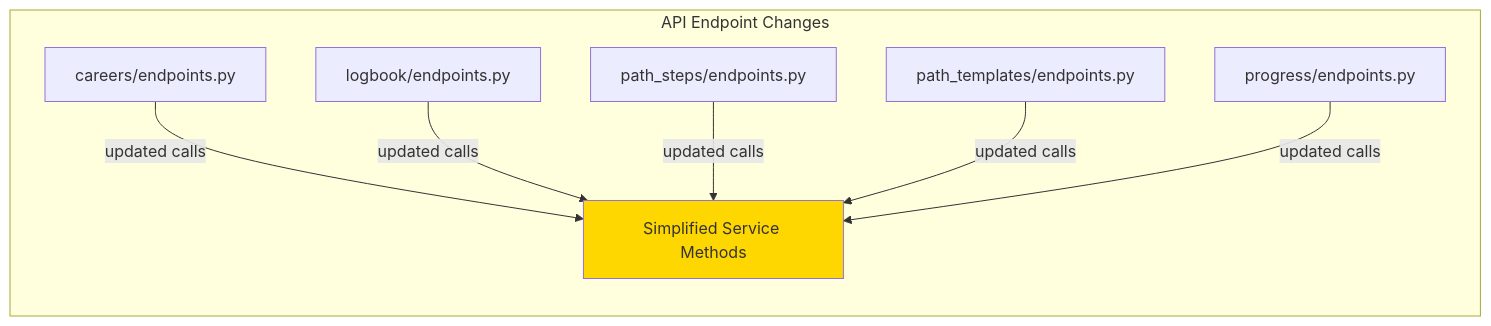
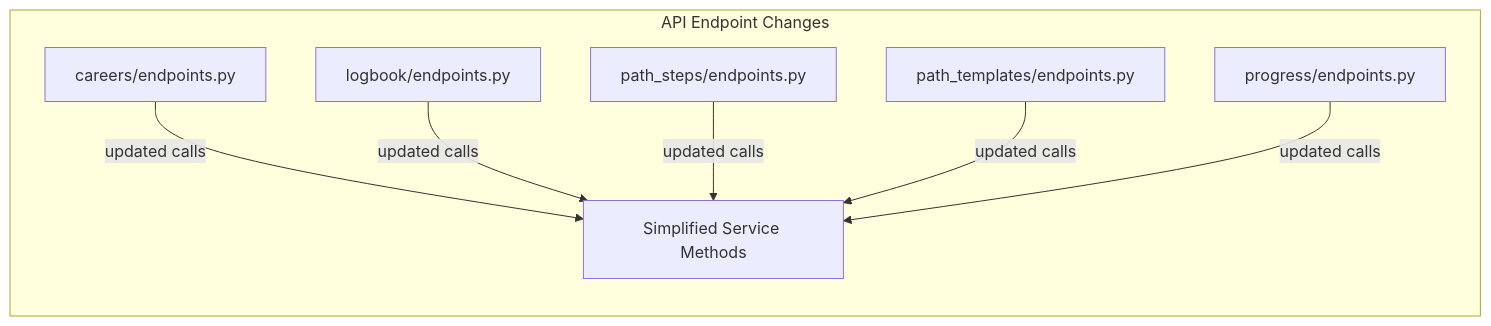
The sixth of 7 diagrams in docs/changes_from_improve-services_to_simplify-services.md (ELC/upskilling), drawn with Mermaid before and after one commit. The commit also changed other lines of this file, not shown here.

````diff
--- a/docs/changes_from_improve-services_to_simplify-services.md
+++ b/docs/changes_from_improve-services_to_simplify-services.md
@@ -233,18 +226,16 @@
 ```mermaid
 graph LR
     subgraph "API Endpoint Changes"
         A[careers/endpoints.py]
         B[logbook/endpoints.py]
         C[path_steps/endpoints.py]
         D[path_templates/endpoints.py]
         E[progress/endpoints.py]
         
         A -->|updated calls| S[Simplified Service Methods]
         B -->|updated calls| S
         C -->|updated calls| S
         D -->|updated calls| S
         E -->|updated calls| S
     end
-    
-    style S fill:#FFD700
 ```
````
